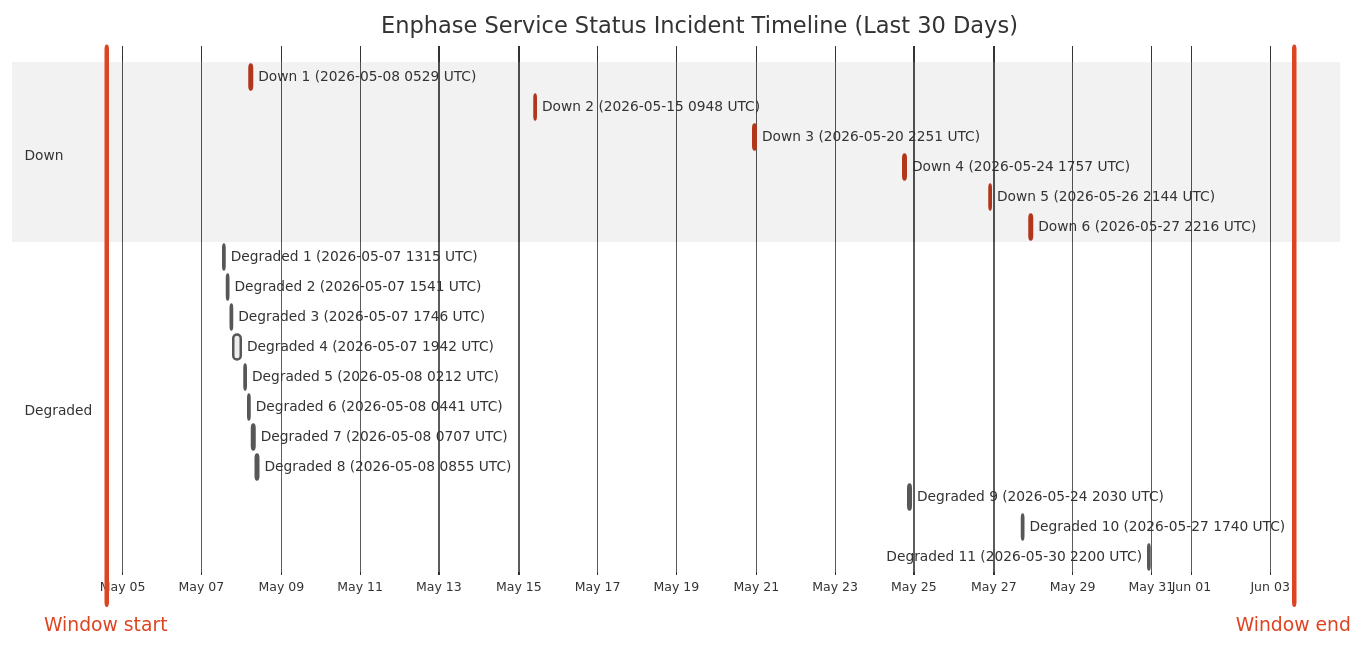
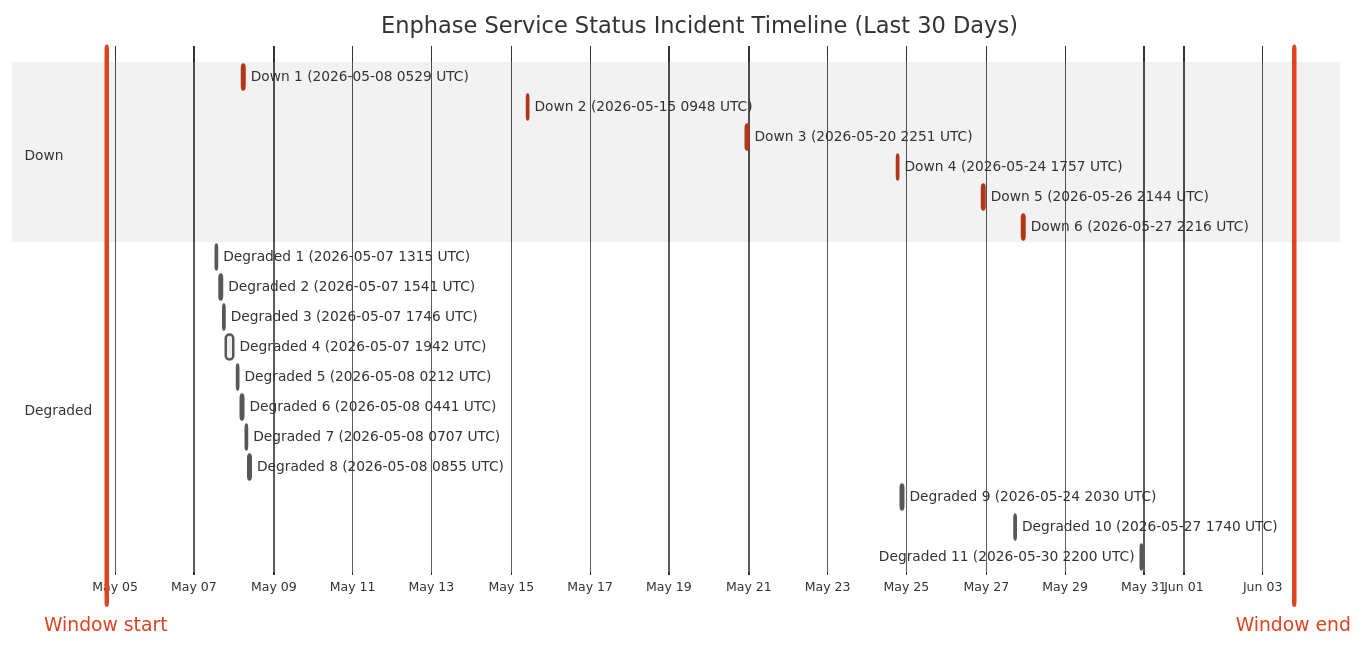
Before and after one commit to barneyonline/ha-enphase-energy: the diagram in wiki/Service-Status-History.md, drawn with Mermaid (neutral theme). The commit also changed other lines of this file and 3 other files, not shown here.

````diff
--- a/wiki/Service-Status-History.md
+++ b/wiki/Service-Status-History.md
@@ -14,27 +14,27 @@
 ```mermaid
 gantt
     title Enphase Service Status Incident Timeline (Last 30 Days)
     dateFormat  YYYY-MM-DDTHH:mm:ss
     axisFormat  %b %d
-    Window start :vert, window-start, 2026-05-04T14:12:03, 0ms
-    Window end :vert, window-end, 2026-06-03T14:12:03, 0ms
+    Window start :vert, window-start, 2026-05-04T18:34:26, 0ms
+    Window end :vert, window-end, 2026-06-03T18:34:26, 0ms
     section Down
     Down 1 (2026-05-08 0529 UTC) :crit, down-1, 2026-05-08T05:29:47, 60m
     Down 2 (2026-05-15 0948 UTC) :crit, down-2, 2026-05-15T09:48:18, 60m
     Down 3 (2026-05-20 2251 UTC) :crit, down-3, 2026-05-20T22:51:14, 75m
     Down 4 (2026-05-24 1757 UTC) :crit, down-4, 2026-05-24T17:57:41, 86m
     Down 5 (2026-05-26 2144 UTC) :crit, down-5, 2026-05-26T21:44:11, 85m
     Down 6 (2026-05-27 2216 UTC) :crit, down-6, 2026-05-27T22:16:53, 87m
     section Degraded
     Degraded 1 (2026-05-07 1315 UTC) :active, degraded-1, 2026-05-07T13:15:25, 60m
     Degraded 2 (2026-05-07 1541 UTC) :active, degraded-2, 2026-05-07T15:41:58, 60m
     Degraded 3 (2026-05-07 1746 UTC) :active, degraded-3, 2026-05-07T17:46:51, 60m
     Degraded 4 (2026-05-07 1942 UTC) :active, degraded-4, 2026-05-07T19:42:10, 249m
     Degraded 5 (2026-05-08 0212 UTC) :active, degraded-5, 2026-05-08T02:12:39, 60m
     Degraded 6 (2026-05-08 0441 UTC) :active, degraded-6, 2026-05-08T04:41:46, 60m
     Degraded 7 (2026-05-08 0707 UTC) :active, degraded-7, 2026-05-08T07:07:30, 60m
     Degraded 8 (2026-05-08 0855 UTC) :active, degraded-8, 2026-05-08T08:55:20, 88m
     Degraded 9 (2026-05-24 2030 UTC) :active, degraded-9, 2026-05-24T20:30:57, 84m
     Degraded 10 (2026-05-27 1740 UTC) :active, degraded-10, 2026-05-27T17:40:52, 60m
     Degraded 11 (2026-05-30 2200 UTC) :active, degraded-11, 2026-05-30T22:00:37, 60m
 ```
````
